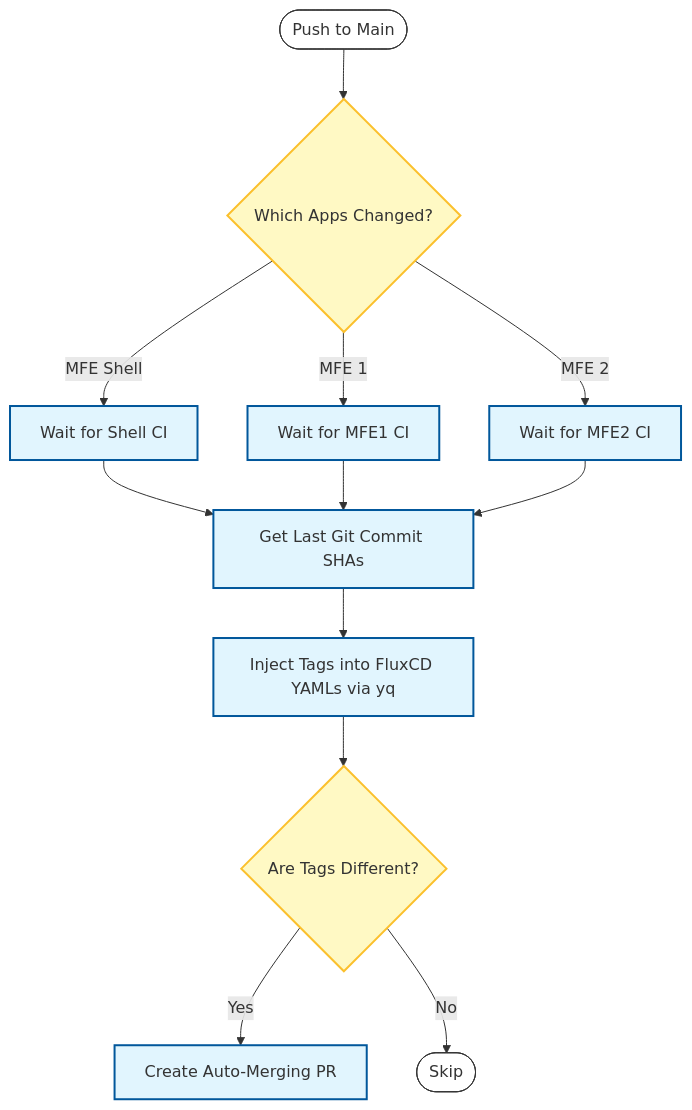
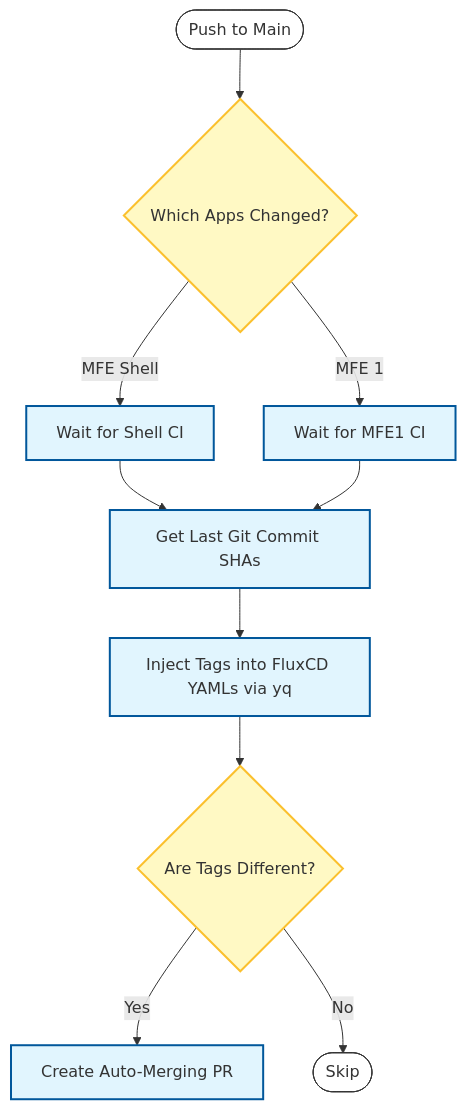
One commit to PolecatWorks/Mfe-shell changed the fifth of 5 diagrams in .github/WORKFLOW_LOGIC.md. Above: the diagram before and after it, drawn with Mermaid. The commit also changed other lines of this file and 58 other files, not shown here.

````diff
--- a/.github/WORKFLOW_LOGIC.md
+++ b/.github/WORKFLOW_LOGIC.md
@@ -139,27 +139,25 @@
 ```mermaid
 flowchart TD
     Start([Push to Main]) --> CheckPaths{Which Apps Changed?}
 
     CheckPaths --> |MFE Shell| WaitShell[Wait for Shell CI]
     CheckPaths --> |MFE 1| WaitMFE1[Wait for MFE1 CI]
-    CheckPaths --> |MFE 2| WaitMFE2[Wait for MFE2 CI]
 
     WaitShell --> GetSHAs[Get Last Git Commit SHAs]
     WaitMFE1 --> GetSHAs
-    WaitMFE2 --> GetSHAs
 
     GetSHAs --> InjectTags[Inject Tags into FluxCD YAMLs via yq]
 
     InjectTags --> CheckDiff{Are Tags Different?}
 
     CheckDiff --> |Yes| CreatePR[Create Auto-Merging PR]
     CheckDiff --> |No| Skip([Skip])
 
     classDef default fill:#fff,stroke:#333,stroke-width:1px;
     classDef action fill:#e1f5fe,stroke:#01579b,stroke-width:2px;
     classDef decision fill:#fff9c4,stroke:#fbc02d,stroke-width:2px;
     classDef output fill:#e8f5e9,stroke:#2e7d32,stroke-width:2px;
 
-    class WaitShell,WaitMFE1,WaitMFE2,GetSHAs,InjectTags,CreatePR action;
+    class WaitShell,WaitMFE1,GetSHAs,InjectTags,CreatePR action;
     class CheckPaths,CheckDiff decision;
 ```
````
